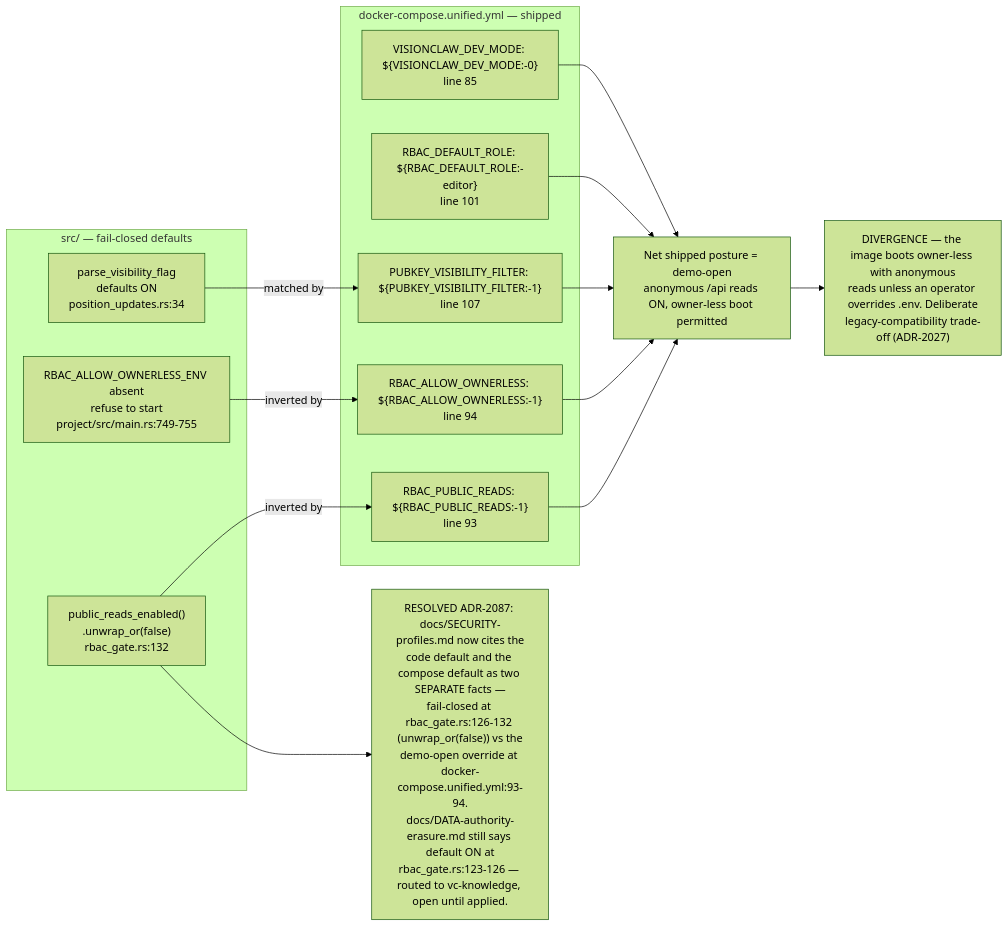
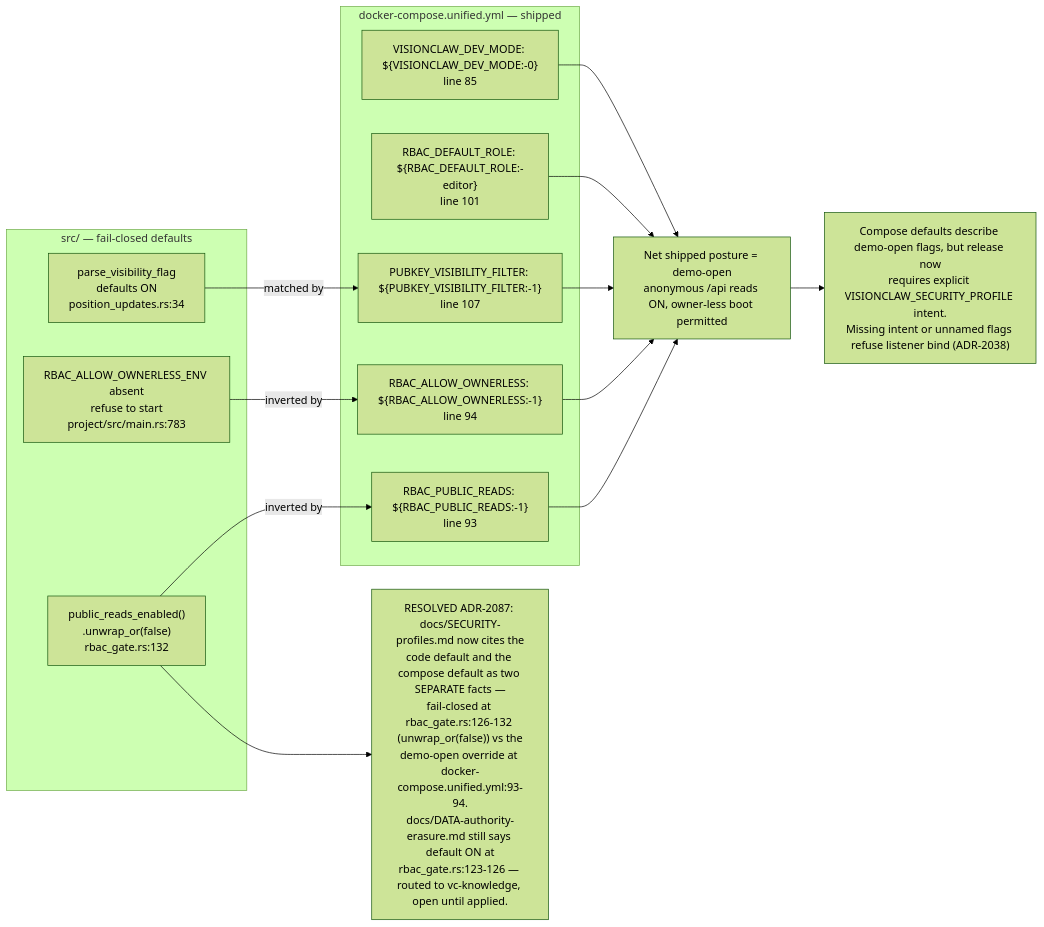
One commit to DreamLab-AI/VisionFlow changed the third of 10 diagrams in docs/diagrams/estate/10-deployment-and-security-profiles.md. Above: the diagram before and after it, drawn with Mermaid (forest theme). The commit also changed other lines of this file and 51 other files, not shown here.

First line of the commit message:
docs(diagrams): agentbox AB-01..13 re-attested anchor by anchor (980 anchors, 22 defects); checkpoint against an out-of-mesh writer

````diff
--- a/docs/diagrams/estate/10-deployment-and-security-profiles.md
+++ b/docs/diagrams/estate/10-deployment-and-security-profiles.md
@@ -127,29 +127,29 @@
 ```mermaid
 flowchart LR
     subgraph codeside["src/ — fail-closed defaults"]
         A1["public_reads_enabled()<br/>.unwrap_or(false)<br/>rbac_gate.rs:132"]
-        A2["RBAC_ALLOW_OWNERLESS_ENV absent<br/>refuse to start<br/>project/src/main.rs:749-755"]
+        A2["RBAC_ALLOW_OWNERLESS_ENV absent<br/>refuse to start<br/>project/src/main.rs:783"]
         A3["parse_visibility_flag<br/>defaults ON<br/>position_updates.rs:34"]
     end
     subgraph composeside["docker-compose.unified.yml — shipped"]
         B1["RBAC_PUBLIC_READS: ${RBAC_PUBLIC_READS:-1}<br/>line 93"]
         B2["RBAC_ALLOW_OWNERLESS: ${RBAC_ALLOW_OWNERLESS:-1}<br/>line 94"]
         B3["PUBKEY_VISIBILITY_FILTER: ${PUBKEY_VISIBILITY_FILTER:-1}<br/>line 107"]
         B4["RBAC_DEFAULT_ROLE: ${RBAC_DEFAULT_ROLE:-editor}<br/>line 101"]
         B5["VISIONCLAW_DEV_MODE: ${VISIONCLAW_DEV_MODE:-0}<br/>line 85"]
     end
     NET["Net shipped posture = demo-open<br/>anonymous /api reads ON, owner-less boot permitted"]
-    DRIFT1["DIVERGENCE — the image boots owner-less with anonymous<br/>reads unless an operator overrides .env. Deliberate<br/>legacy-compatibility trade-off (ADR-2027)"]
+    DRIFT1["Compose defaults describe demo-open flags, but release now<br/>requires explicit VISIONCLAW_SECURITY_PROFILE intent.<br/>Missing intent or unnamed flags refuse listener bind (ADR-2038)"]
     DRIFT2["RESOLVED ADR-2087: docs/SECURITY-profiles.md now cites the<br/>code default and the compose default as two SEPARATE facts —<br/>fail-closed at rbac_gate.rs:126-132 (unwrap_or(false)) vs the<br/>demo-open override at docker-compose.unified.yml:93-94.<br/>docs/DATA-authority-erasure.md still says default ON at<br/>rbac_gate.rs:123-126 — routed to vc-knowledge, open until applied."]
 
     A1 -- "inverted by" --> B1
     A2 -- "inverted by" --> B2
     A3 -- "matched by" --> B3
     B1 --> NET
     B2 --> NET
     B3 --> NET
     B4 --> NET
     B5 --> NET
     NET --> DRIFT1
     A1 --> DRIFT2
 ```
````
